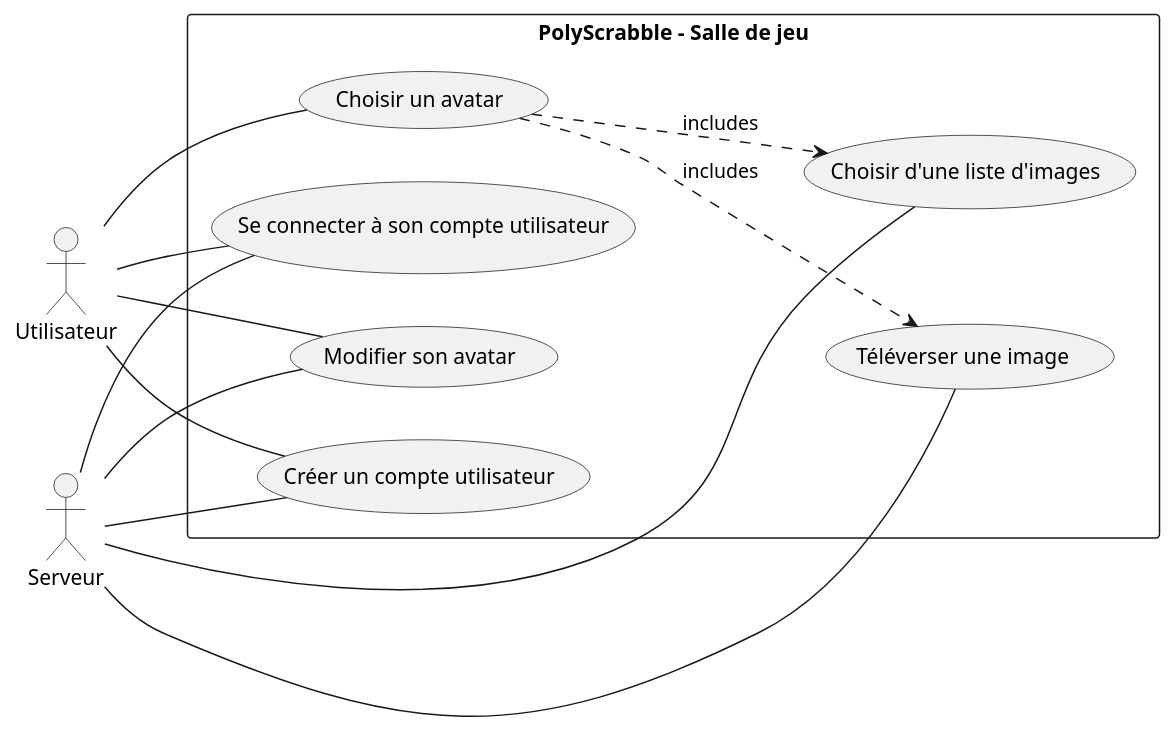
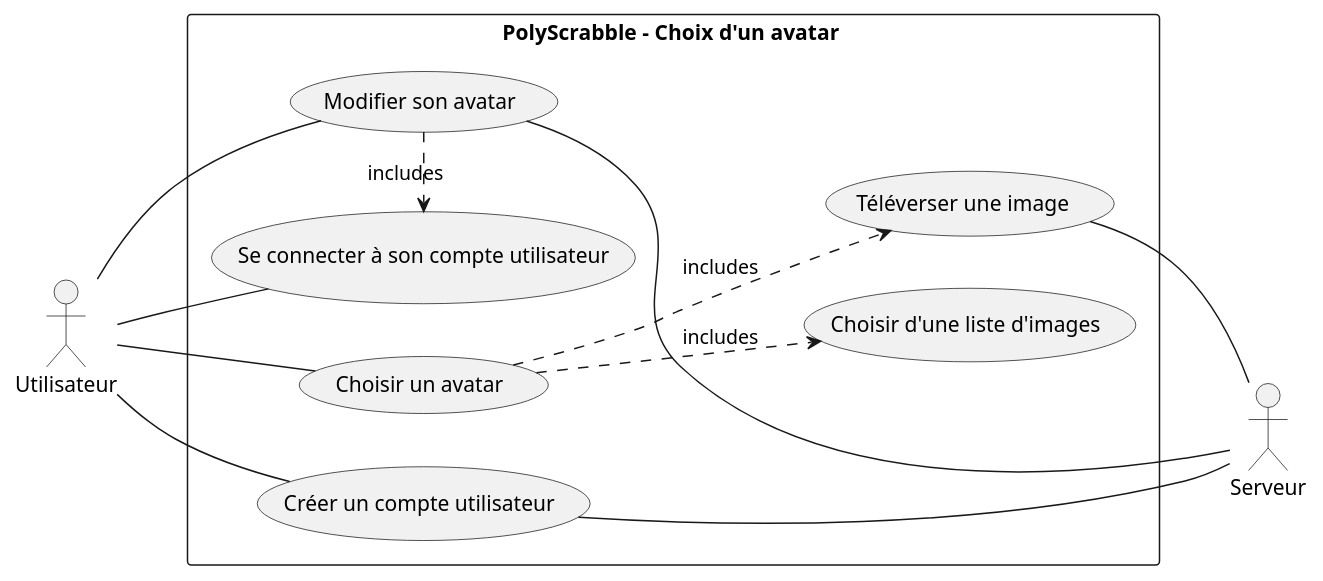
One commit to yasskadd/Scrabble changed the third of 8 diagrams in doc/LOG3900-110_Architecture_Logiciel.md. Above: the diagram before and after it, drawn with PlantUML. The commit also changed other lines of this file, not shown here.

Commit message:
changes to game use case diagram

```diff
--- a/doc/LOG3900-110_Architecture_Logiciel.md
+++ b/doc/LOG3900-110_Architecture_Logiciel.md
@@ -107,31 +107,30 @@
 @startuml
 
 left to right direction
 
 actor Utilisateur as user
 actor Serveur as server
 
-rectangle "PolyScrabble - Salle de jeu" {
+rectangle "PolyScrabble - Choix d'un avatar " {
 usecase "Se connecter à son compte utilisateur" as UC1
 usecase "Créer un compte utilisateur" as UC2
 usecase "Choisir un avatar" as UC3
 usecase "Choisir d'une liste d'images" as UC4
 usecase "Téléverser une image " as UC5
 usecase "Modifier son avatar" as UC6
 }
 
 user -- UC1
 user -- UC2
 user -- UC3
 user -- UC6
 
-server -- UC1
-server -- UC2
-server -- UC4
-server -- UC5
-server -- UC6
+UC2 -- server
+UC5 -- server
+UC6 -- server
 
 UC3 ..> UC4 : includes
 UC3 ..> UC5 : includes
+UC6 .> UC1 : includes
 
 @enduml
```
